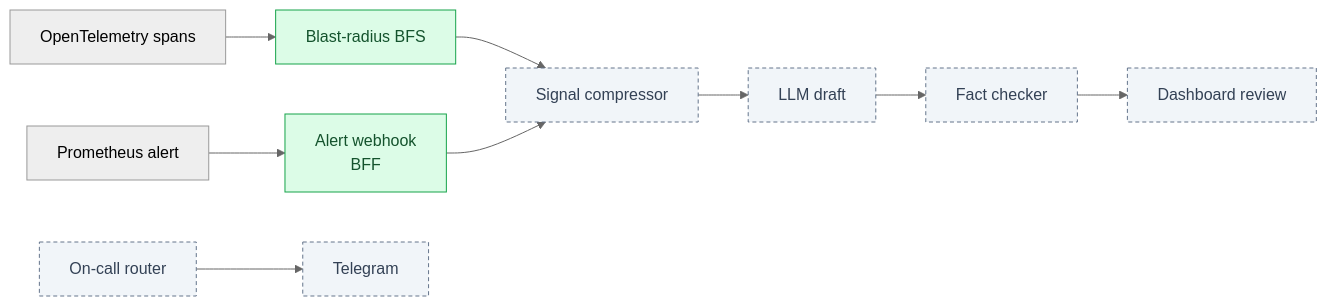
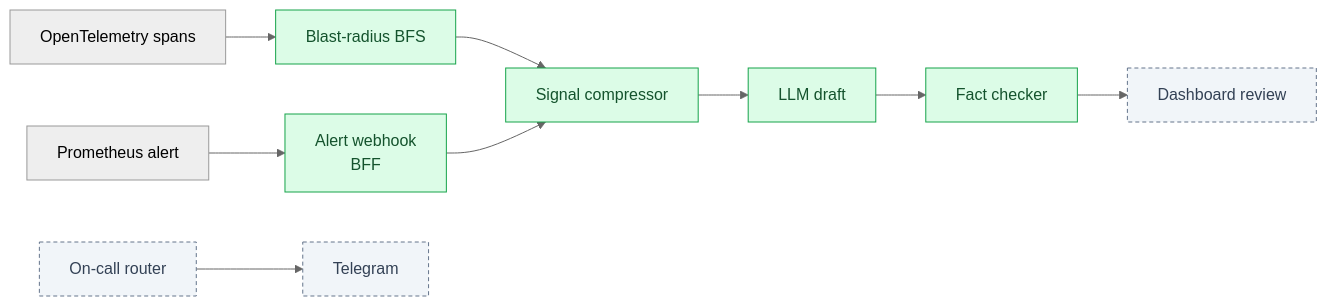
The diagram in README.md (SannidhiSriram-06/perimeter), drawn with Mermaid (neutral theme) before and after one commit. The commit also changed other lines of this file and 43 other files, not shown here.

````diff
--- a/README.md
+++ b/README.md
@@ -18,16 +18,16 @@
 ```mermaid
 flowchart LR
     Prom[Prometheus alert] --> BFF[Alert webhook<br/>BFF]
     OTel[OpenTelemetry spans] --> Graph[Blast-radius BFS]
     Graph --> Comp[Signal compressor]
     BFF --> Comp
     Comp --> LLM[LLM draft]
     LLM --> Check[Fact checker]
     Check --> Dash[Dashboard review]
     Router[On-call router] --> Tele[Telegram]
 
     classDef built fill:#dcfce7,stroke:#16a34a,color:#14532d
     classDef planned fill:#f1f5f9,stroke:#64748b,stroke-dasharray:4 3,color:#334155
-    class BFF,Graph built
-    class Comp,LLM,Check,Dash,Router,Tele planned
+    class BFF,Graph,Comp,LLM,Check built
+    class Dash,Router,Tele planned
 ```
````
